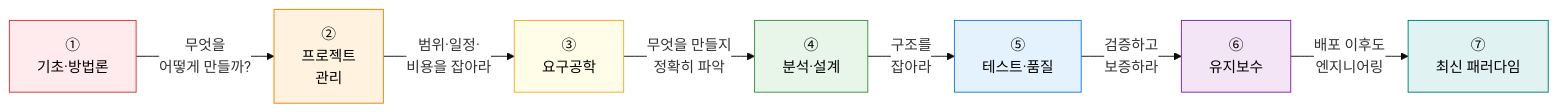
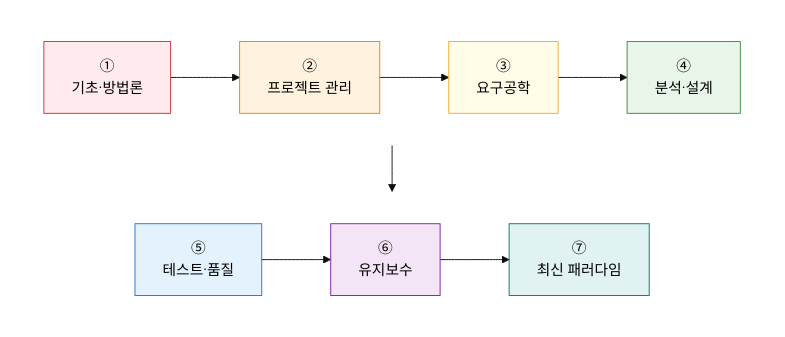
Before and after one commit to jeonck/itpe-KM: the diagram in content/docs/01-software-engineering/_index.md, drawn with Mermaid.

Commit message:
style: 소프트웨어공학 로드맵 2행 레이아웃으로 변경 (4+3)
7개 노드 1줄 → subgraph 2행(①②③④ / ⑤⑥⑦) 구조로 가독성 개선

````diff
--- a/content/docs/01-software-engineering/_index.md
+++ b/content/docs/01-software-engineering/_index.md
@@ -11,18 +11,30 @@
 ```mermaid
 %%{init: { 'theme': 'base', 'themeVariables': { 'edgeLabelBackground': '#fff' }}}%%
-flowchart LR
-    A["①<br/>기초·방법론"] --"무엇을<br/>어떻게 만들까?"--> B["②<br/>프로젝트<br/>관리"]
-    B --"범위·일정·<br/>비용을 잡아라"--> C["③<br/>요구공학"]
-    C --"무엇을 만들지<br/>정확히 파악"--> D["④<br/>분석·설계"]
-    D --"구조를<br/>잡아라"--> E["⑤<br/>테스트·품질"]
-    E --"검증하고<br/>보증하라"--> F["⑥<br/>유지보수"]
-    F --"배포 이후도<br/>엔지니어링"--> G["⑦<br/>최신 패러다임"]
+flowchart TD
+    subgraph R1["　"]
+        direction LR
+        A["①<br/>기초·방법론"]
+        B["②<br/>프로젝트 관리"]
+        C["③<br/>요구공학"]
+        D["④<br/>분석·설계"]
+        A --> B --> C --> D
+    end
+    subgraph R2["　"]
+        direction LR
+        E["⑤<br/>테스트·품질"]
+        F["⑥<br/>유지보수"]
+        G["⑦<br/>최신 패러다임"]
+        E --> F --> G
+    end
+    D --> E
 
+    style R1 fill:none,stroke:none
+    style R2 fill:none,stroke:none
     style A fill:#FFEBEE,stroke:#D32F2F,color:#000
     style B fill:#FFF3E0,stroke:#F57C00,color:#000
     style C fill:#FFFDE7,stroke:#F9A825,color:#000
     style D fill:#E8F5E9,stroke:#388E3C,color:#000
     style E fill:#E3F2FD,stroke:#1976D2,color:#000
     style F fill:#F3E5F5,stroke:#7B1FA2,color:#000
     style G fill:#E0F2F1,stroke:#00796B,color:#000
 ```
````
